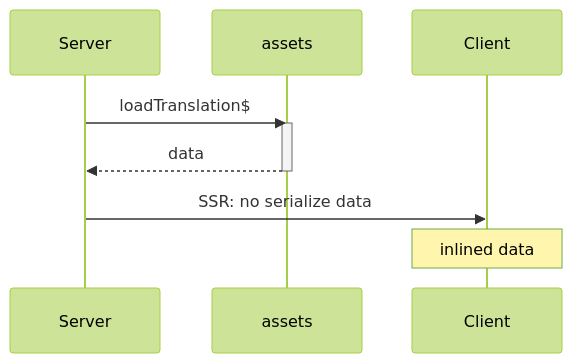
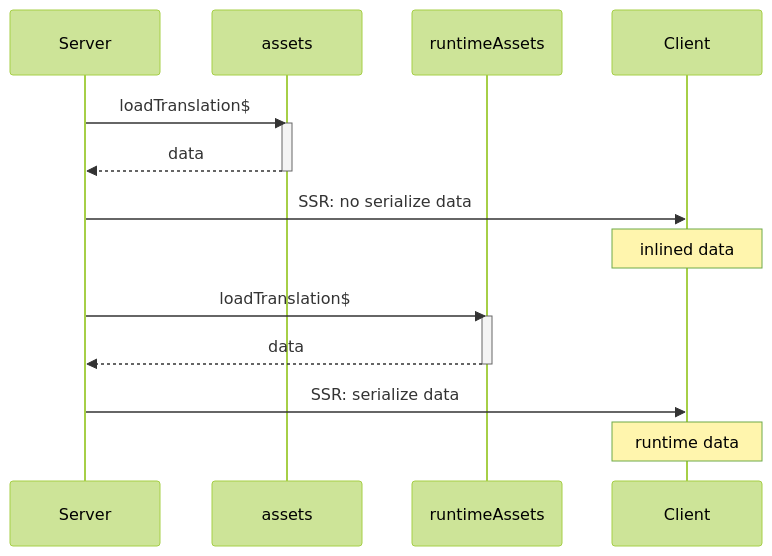
The diagram in docs/inline.md (robisim74/qwik-speak), drawn with Mermaid (forest theme) before and after one commit. The commit also changed other lines of this file and 11 other files, not shown here.

````diff
--- a/docs/inline.md
+++ b/docs/inline.md
@@ -12,12 +12,19 @@
 ```mermaid
 sequenceDiagram
     participant Server
     participant assets
+    participant runtimeAssets
     participant Client
     Server->>assets: loadTranslation$
     activate assets
     assets-->>Server: data
     deactivate assets
     Server->>Client: SSR: no serialize data
     Note over Client: inlined data
+    Server->>runtimeAssets: loadTranslation$
+    activate runtimeAssets
+    runtimeAssets-->>Server: data
+    deactivate runtimeAssets
+    Server->>Client: SSR: serialize data
+    Note over Client: runtime data
 ```
````
